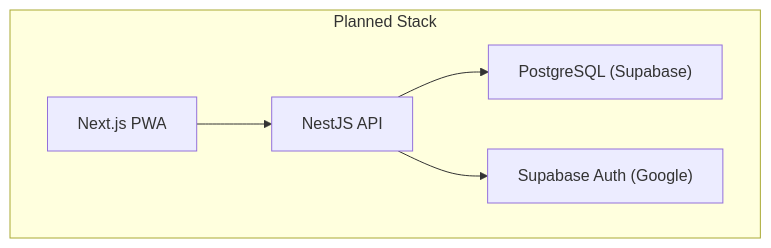
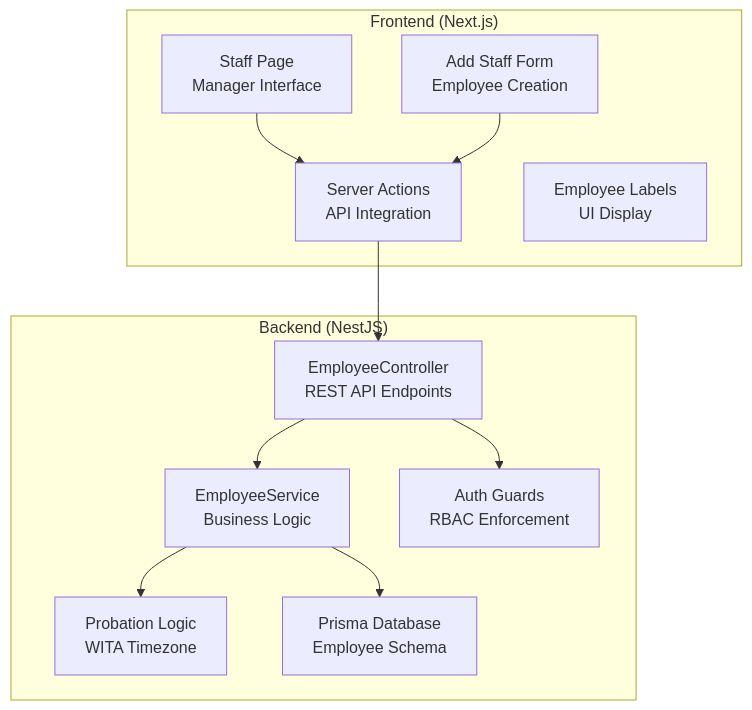
The first of 9 diagrams in .qoder/repowiki/en/content/Product Requirements Document/Functional Specifications/Employee Management Module (F2).md (epo33m/scheduling), drawn with Mermaid before and after one commit. The commit also changed other lines of this file and 2 other files, not shown here.

````diff
--- a/.qoder/repowiki/en/content/Product Requirements Document/Functional Specifications/Employee Management Module (F2).md
+++ b/.qoder/repowiki/en/content/Product Requirements Document/Functional Specifications/Employee Management Module (F2).md
@@ -43,12 +67,23 @@
 ```mermaid
 graph TB
-subgraph "Planned Stack"
-Web["Next.js PWA"]
-API["NestJS API"]
-DB["PostgreSQL (Supabase)"]
-Auth["Supabase Auth (Google)"]
+subgraph "Backend (NestJS)"
+Controller["EmployeeController<br/>REST API Endpoints"]
+Service["EmployeeService<br/>Business Logic"]
+Probation["Probation Logic<br/>WITA Timezone"]
+Auth["Auth Guards<br/>RBAC Enforcement"]
+DB["Prisma Database<br/>Employee Schema"]
 end
-Web --> API
-API --> DB
-API --> Auth
+subgraph "Frontend (Next.js)"
+StaffPage["Staff Page<br/>Manager Interface"]
+AddForm["Add Staff Form<br/>Employee Creation"]
+Actions["Server Actions<br/>API Integration"]
+Labels["Employee Labels<br/>UI Display"]
+end
+Controller --> Service
+Service --> DB
+Service --> Probation
+Controller --> Auth
+StaffPage --> Actions
+Actions --> Controller
+AddForm --> Actions
 ```
````
